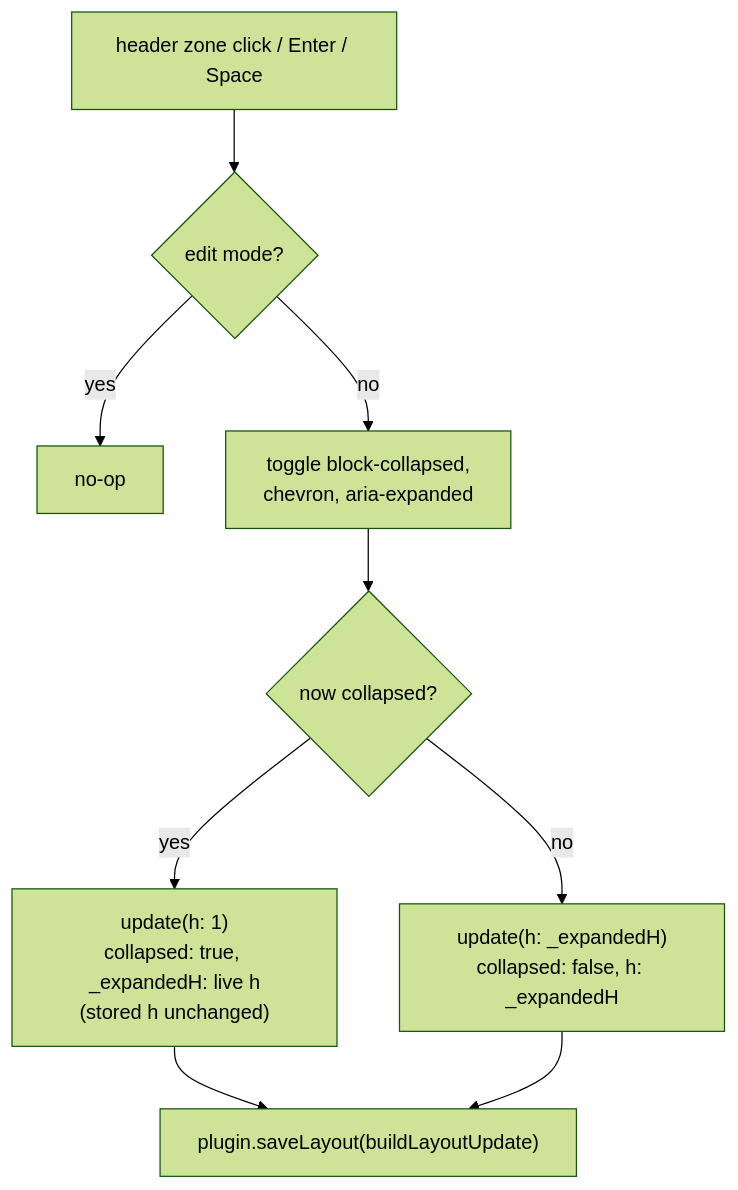
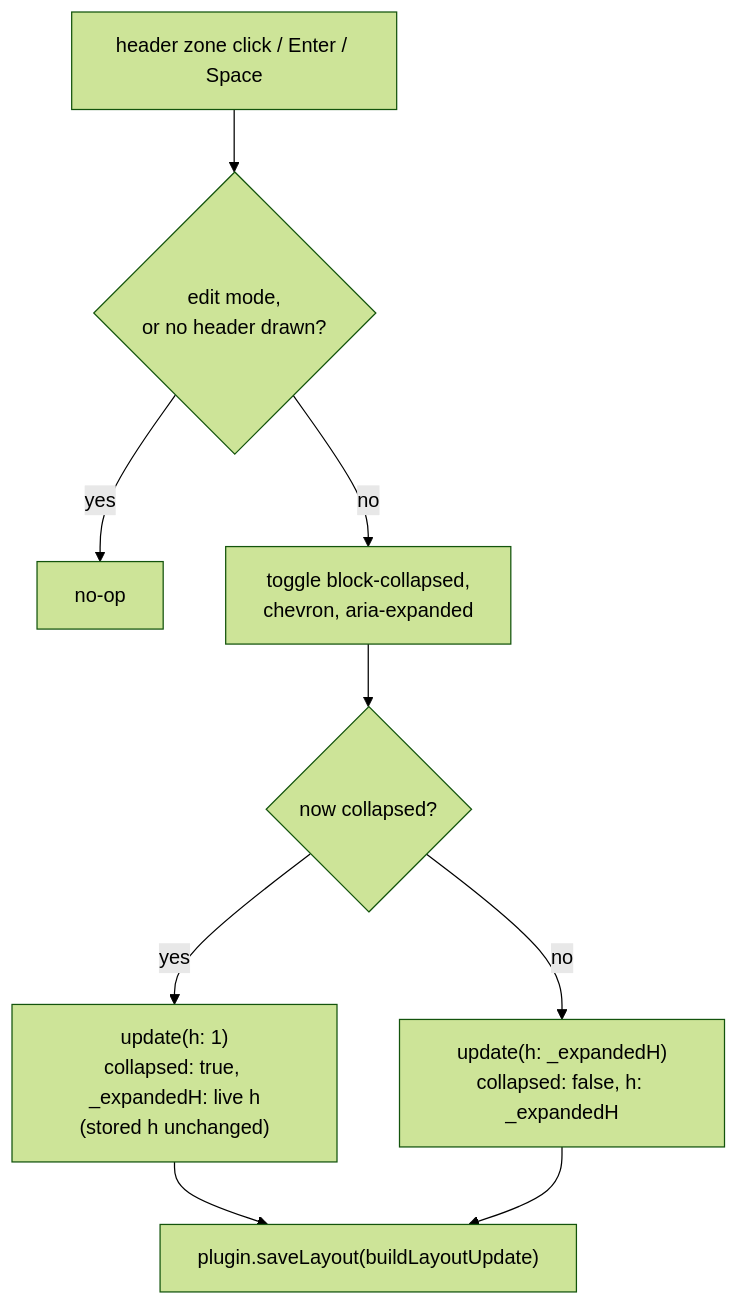
Before and after one commit to acaprino/obsidian-plugin-homepage: diagram 12 of 15 in docs/flows.md, drawn with Mermaid (forest theme). The commit also changed other lines of this file and 11 other files, not shown here.

````diff
--- a/docs/flows.md
+++ b/docs/flows.md
@@ -725,11 +748,11 @@
 ```mermaid
 flowchart TD
-  C["header zone click / Enter / Space"] --> E{"edit mode?"}
+  C["header zone click / Enter / Space"] --> E{"edit mode,<br/>or no header drawn?"}
   E -- "yes" --> N["no-op"]
   E -- "no" --> T["toggle block-collapsed,<br/>chevron, aria-expanded"]
   T --> D{"now collapsed?"}
   D -- "yes" --> CO["update(h: 1)<br/>collapsed: true, _expandedH: live h<br/>(stored h unchanged)"]
   D -- "no" --> EX["update(h: _expandedH)<br/>collapsed: false, h: _expandedH"]
   CO --> S["plugin.saveLayout(buildLayoutUpdate)"]
   EX --> S
 ```
````
